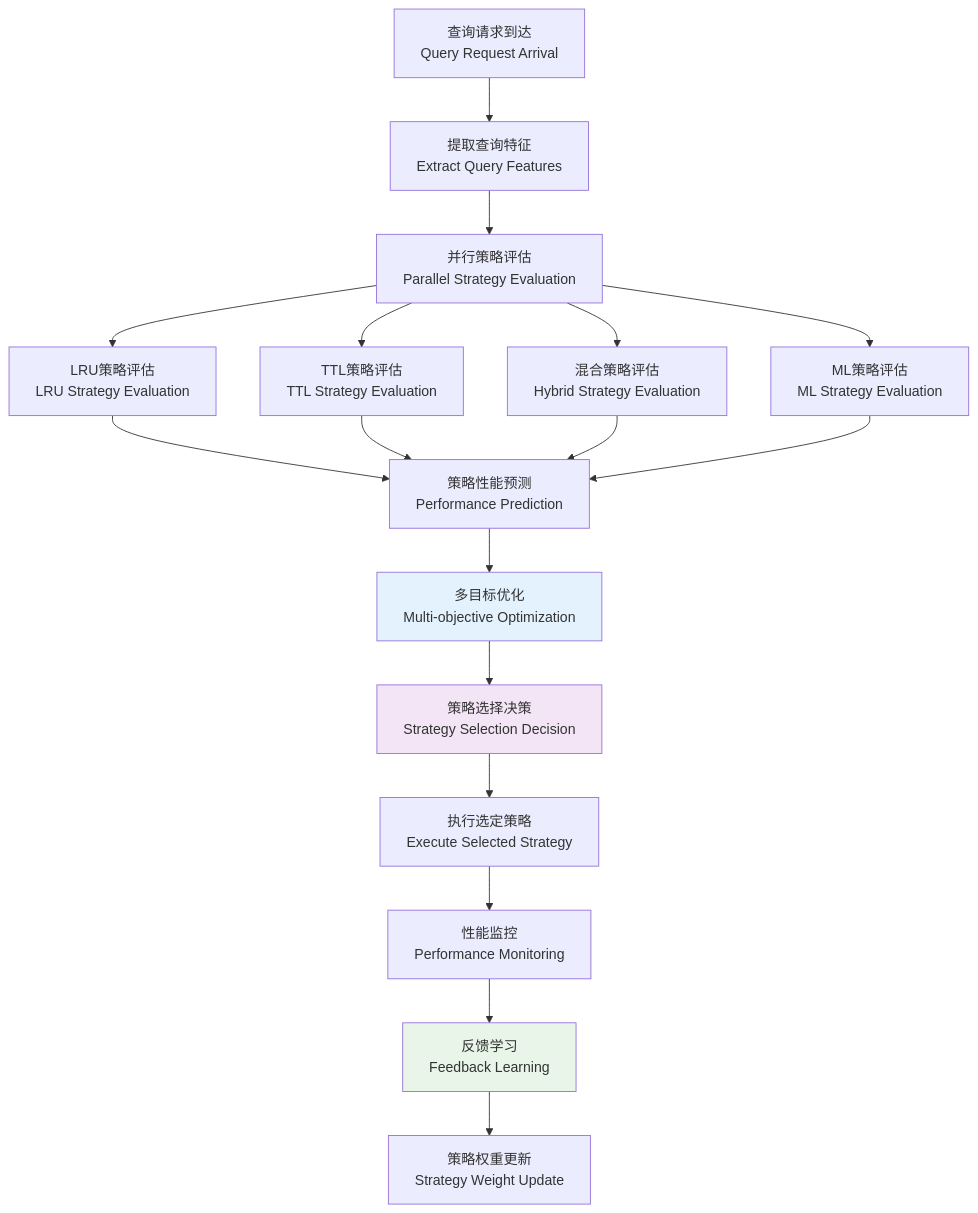
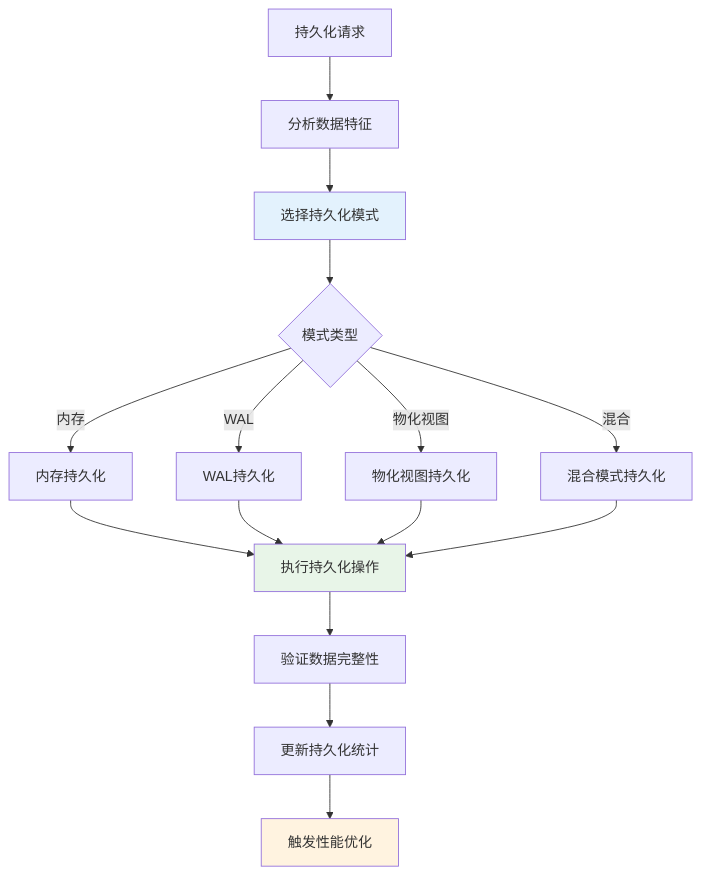
The third of 3 diagrams in md/第四章-动态缓存更新技术与持久化技术.md (crazypenguincode/duckdb), drawn with Mermaid before and after one commit. The commit also changed other lines of this file and 4 other files, not shown here.

````diff
--- a/md/第四章-动态缓存更新技术与持久化技术.md
+++ b/md/第四章-动态缓存更新技术与持久化技术.md
@@ -525,27 +314,21 @@
 ```mermaid
 graph TD
-    A[查询请求到达<br/>Query Request Arrival] --> B[提取查询特征<br/>Extract Query Features]
-    B --> C[并行策略评估<br/>Parallel Strategy Evaluation]
+    A[持久化请求] --> B[分析数据特征]
+    B --> C[选择持久化模式]
+    C --> D{模式类型}
+    D --> |内存| E[内存持久化]
+    D --> |WAL| F[WAL持久化]
+    D --> |物化视图| G[物化视图持久化]
+    D --> |混合| H[混合模式持久化]
+    E --> I[执行持久化操作]
+    F --> I
+    G --> I
+    H --> I
+    I --> J[验证数据完整性]
+    J --> K[更新持久化统计]
+    K --> L[触发性能优化]
     
-    C --> D[LRU策略评估<br/>LRU Strategy Evaluation]
-    C --> E[TTL策略评估<br/>TTL Strategy Evaluation]
-    C --> F[混合策略评估<br/>Hybrid Strategy Evaluation]
-    C --> G[ML策略评估<br/>ML Strategy Evaluation]
-    
-    D --> H[策略性能预测<br/>Performance Prediction]
-    E --> H
-    F --> H
-    G --> H
-    
-    H --> I[多目标优化<br/>Multi-objective Optimization]
-    I --> J[策略选择决策<br/>Strategy Selection Decision]
-    J --> K[执行选定策略<br/>Execute Selected Strategy]
-    
-    K --> L[性能监控<br/>Performance Monitoring]
-    L --> M[反馈学习<br/>Feedback Learning]
-    M --> N[策略权重更新<br/>Strategy Weight Update]
-    
-    style I fill:#e3f2fd
-    style J fill:#f3e5f5
-    style M fill:#e8f5e8
+    style C fill:#e3f2fd
+    style I fill:#e8f5e8
+    style L fill:#fff3e0
 ```
````
